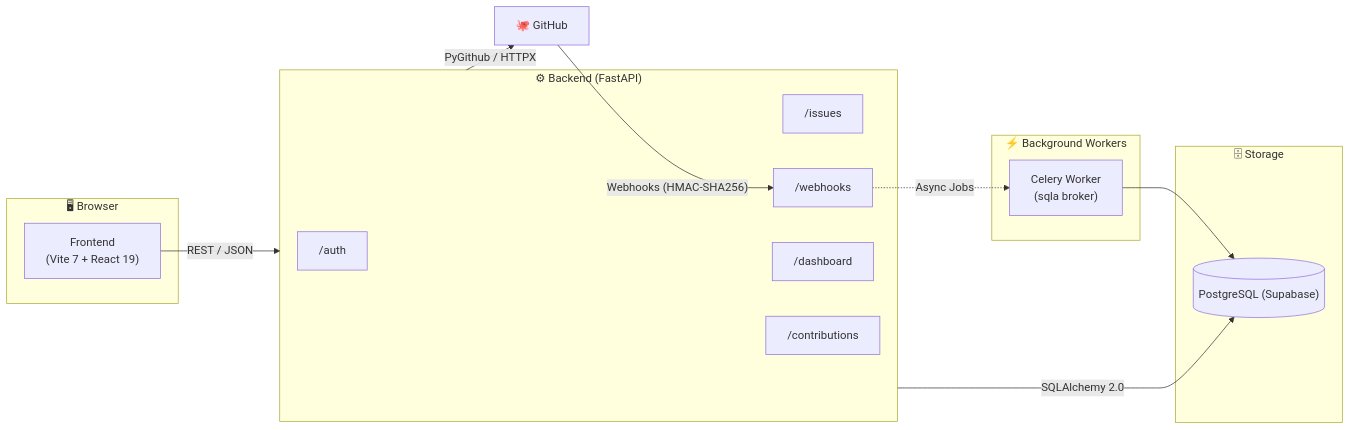
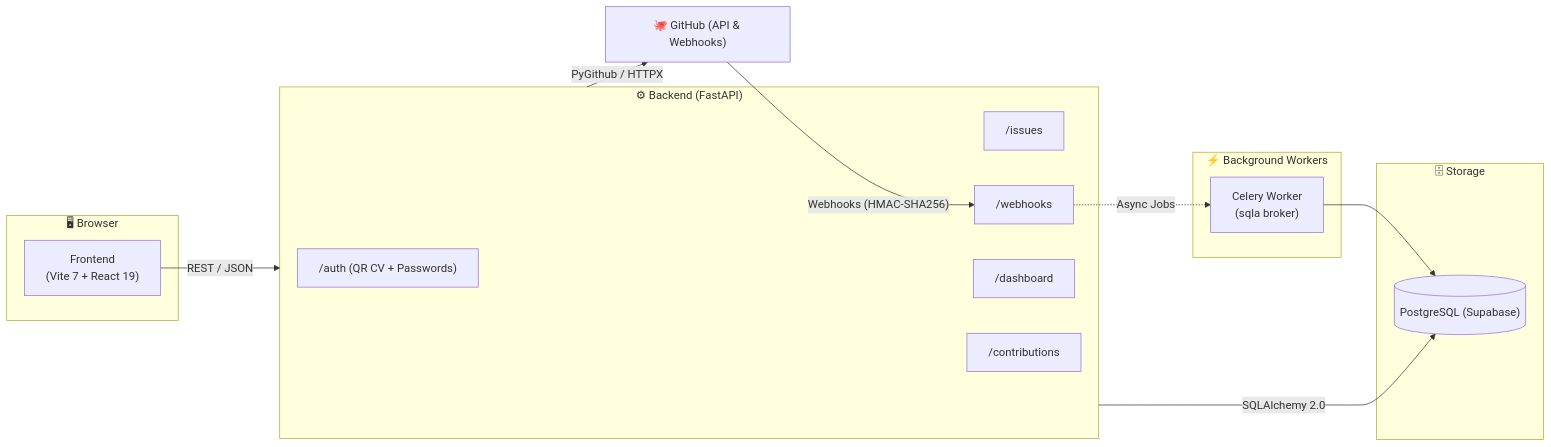
The diagram in README.md (PSIT-GDGOC/HACKTOBER_Tracking_System), drawn with Mermaid before and after one commit. The commit also changed other lines of this file, not shown here.

````diff
--- a/README.md
+++ b/README.md
@@ -41,31 +46,31 @@
 ```mermaid
 flowchart LR
     subgraph Client["🖥 Browser"]
         UI["Frontend<br/>(Vite 7 + React 19)"]
     end
 
     subgraph API["⚙ Backend (FastAPI)"]
-        AUTH["/auth"]
+        AUTH["/auth (QR CV + Passwords)"]
         ISSUES["/issues"]
         HOOKS["/webhooks"]
         DASH["/dashboard"]
         CONTR["/contributions"]
     end
 
     subgraph Workers["⚡ Background Workers"]
         CELERY["Celery Worker<br/>(sqla broker)"]
     end
 
     subgraph Data["🗄 Storage"]
         PG[("PostgreSQL (Supabase)")]
     end
 
-    GH["🐙 GitHub"]
+    GH["🐙 GitHub (API & Webhooks)"]
 
     UI -- "REST / JSON" --> API
     API -- "SQLAlchemy 2.0" --> PG
     GH -- "Webhooks (HMAC-SHA256)" --> HOOKS
     HOOKS -. "Async Jobs" .-> CELERY
     CELERY --> PG
     API -- "PyGithub / HTTPX" --> GH
 ```
````
